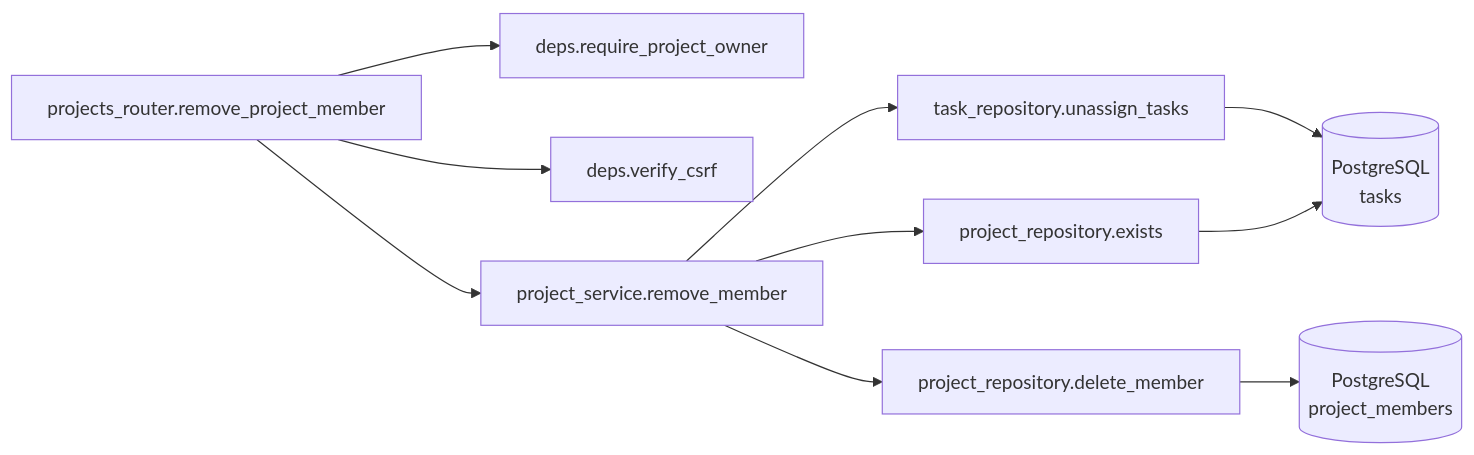
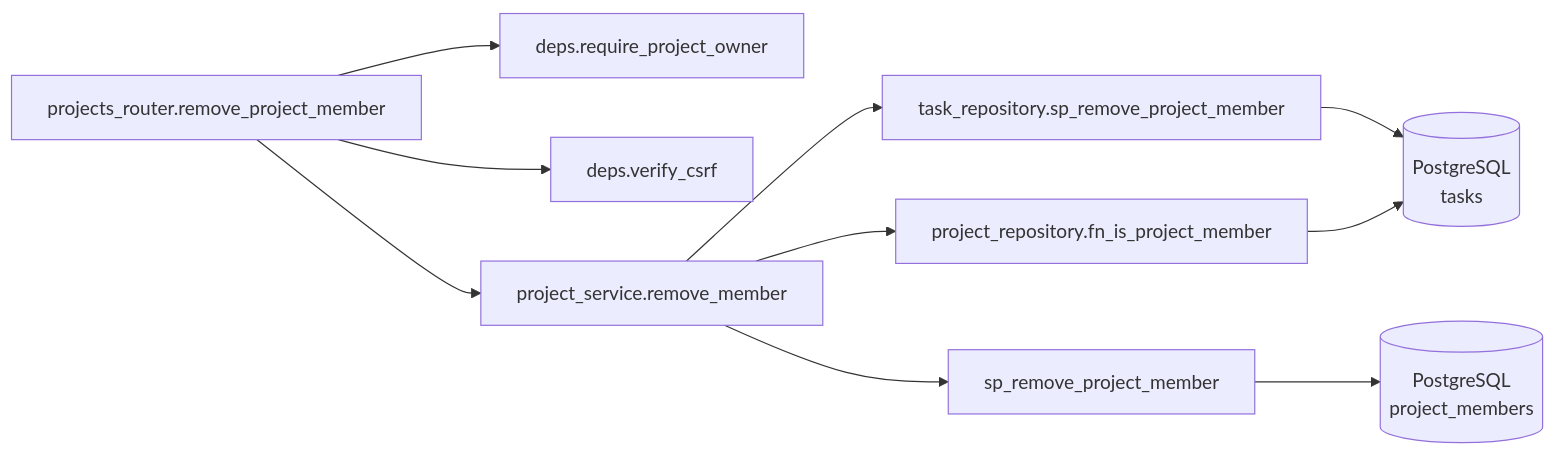
Before and after one commit to oikawa-d/task_management: the third of 4 diagrams in detailed_design/api/projects/09_delete_project_member.md, drawn with Mermaid. The commit also changed other lines of this file and 58 other files, not shown here.

````diff
--- a/detailed_design/api/projects/09_delete_project_member.md
+++ b/detailed_design/api/projects/09_delete_project_member.md
@@ -188,12 +188,12 @@
 ```mermaid
 flowchart LR
     R["projects_router.remove_project_member"] --> D["deps.require_project_owner"]
     R --> CSRF["deps.verify_csrf"]
     R --> S["project_service.remove_member"]
-    S --> RP1["project_repository.exists"]
-    S --> TR["task_repository.unassign_tasks"]
-    S --> RP2["project_repository.delete_member"]
+    S --> RP1["project_repository.fn_is_project_member"]
+    S --> TR["task_repository.sp_remove_project_member"]
+    S --> RP2["sp_remove_project_member"]
     TR --> PG[("PostgreSQL<br/>tasks")]
     RP1 --> PG
     RP2 --> PG2[("PostgreSQL<br/>project_members")]
 ```
````
